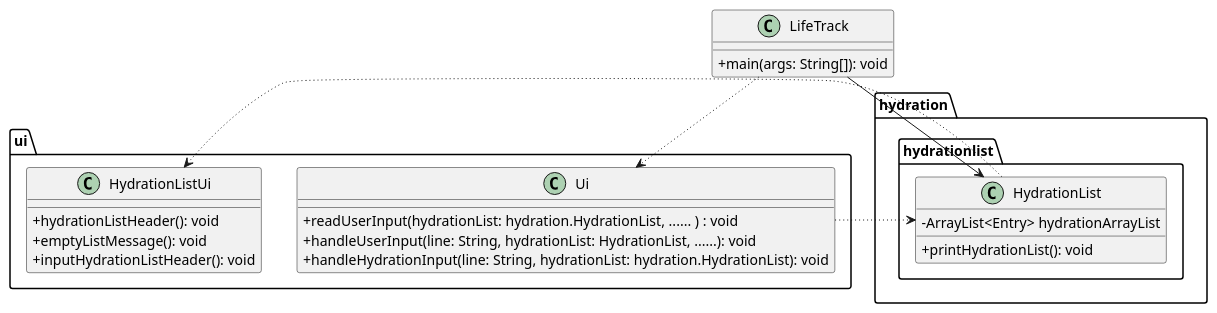
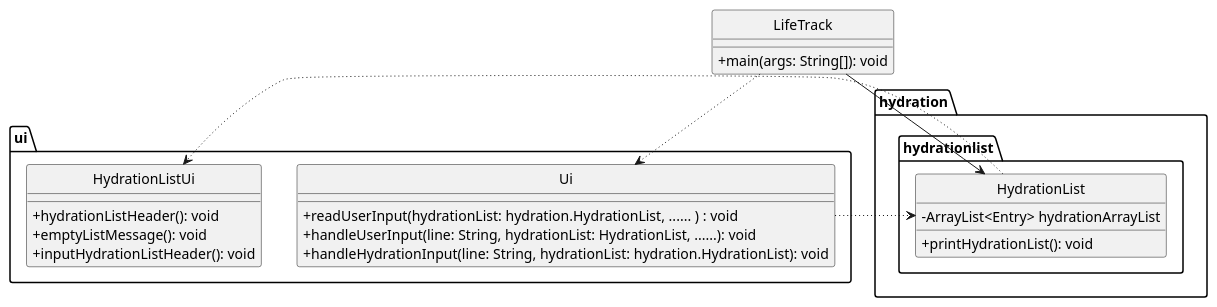
Before and after one commit to AY2324S2-CS2113-F15-2/tp: the diagram in docs/HydrationListClassDiagram.puml, drawn with PlantUML. The commit also changed 2 other files, not shown here.

```diff
--- a/docs/HydrationListClassDiagram.puml
+++ b/docs/HydrationListClassDiagram.puml
@@ -1,36 +1,37 @@
 @startuml
 
 skinparam classAttributeIconSize 0
+
+hide circle
 
 class LifeTrack {
     + main(args: String[]): void
 }
 
 package ui {
     class Ui {
         + readUserInput(hydrationList: hydration.HydrationList, ...... ) : void
         + handleUserInput(line: String, hydrationList: HydrationList, ......): void
         + handleHydrationInput(line: String, hydrationList: hydration.HydrationList): void
     }
     class HydrationListUi {
             + hydrationListHeader(): void
             + emptyListMessage(): void
             + inputHydrationListHeader(): void
     }
 }
 
 package hydration {
     package hydrationlist {
         class HydrationList {
            - ArrayList<Entry> hydrationArrayList
            + printHydrationList(): void
     }
 }
 
-hide circle
 LifeTrack --> hydration.hydrationlist.HydrationList
 LifeTrack -[dotted]-> ui.Ui
 ui.Ui -[dotted]-> hydration.hydrationlist.HydrationList
 HydrationList -[dotted]-> HydrationListUi
 
 @enduml
```
